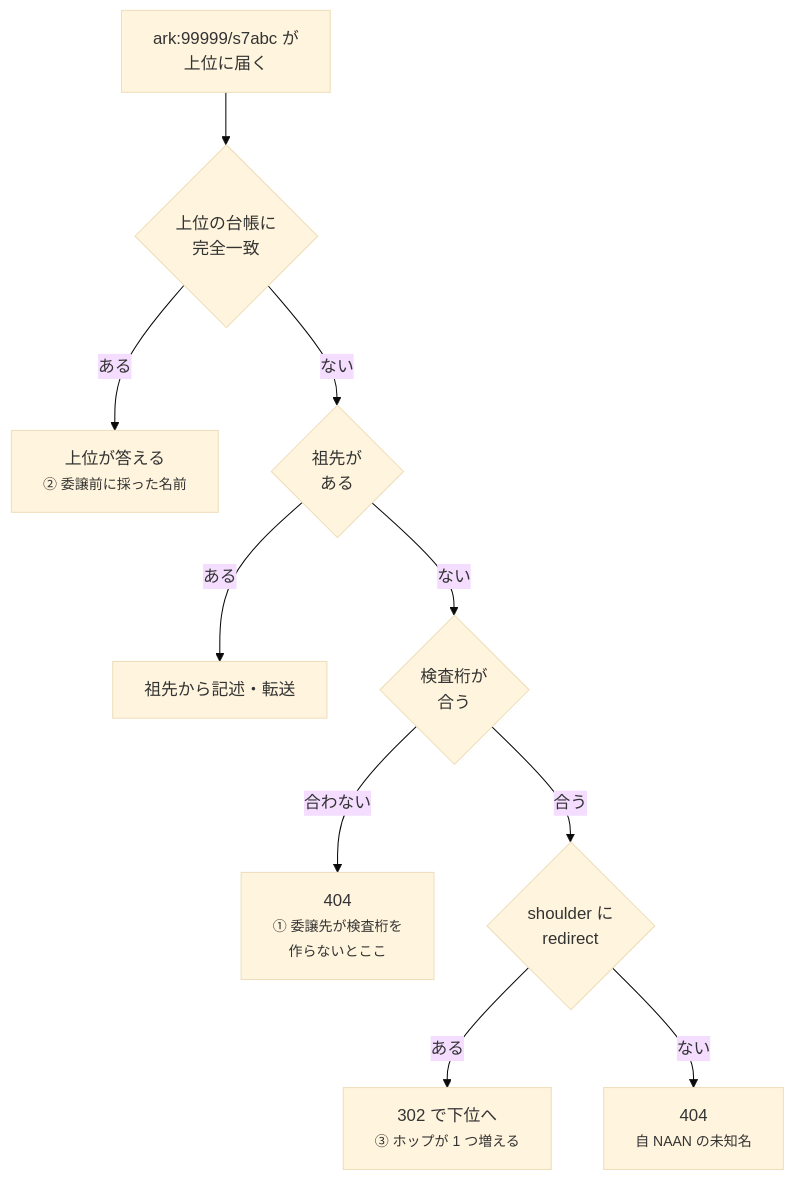
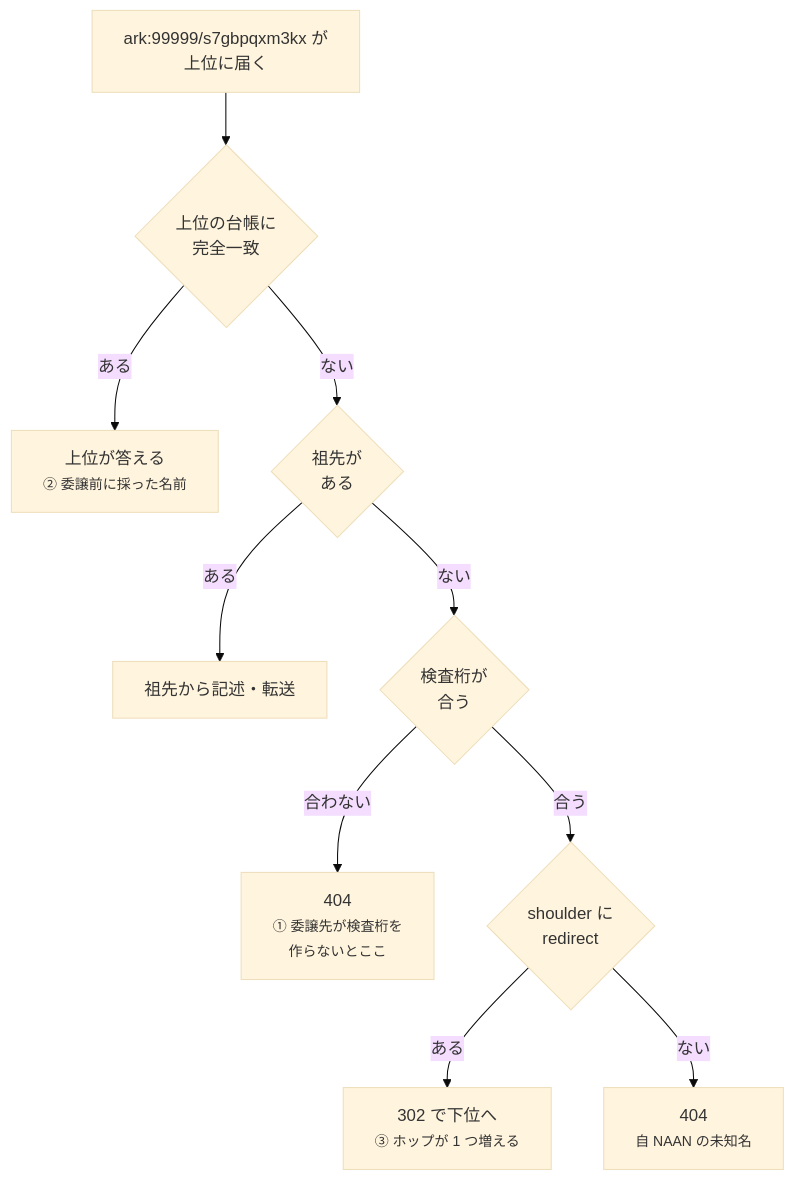
The eighth of 14 diagrams in docs/guides/federation.ja.md (RCOSDP/arkhe), drawn with Mermaid (base theme) before and after one commit. The commit also changed other lines of this file and 29 other files, not shown here.

````diff
--- a/docs/guides/federation.ja.md
+++ b/docs/guides/federation.ja.md
@@ -178,12 +178,12 @@
 ```mermaid
 flowchart TD
-    R["ark:99999/s7abc が<br/>上位に届く"] --> E{"上位の台帳に<br/>完全一致"}
+    R["ark:99999/s7gbpqxm3kx が<br/>上位に届く"] --> E{"上位の台帳に<br/>完全一致"}
     E -->|ある| A1["上位が答える<br/><small>② 委譲前に採った名前</small>"]
     E -->|ない| P{"祖先が<br/>ある"}
     P -->|ある| A2["祖先から記述・転送"]
     P -->|ない| CD{"検査桁が<br/>合う"}
     CD -->|合わない| F1["404<br/><small>① 委譲先が検査桁を<br/>作らないとここ</small>"]
     CD -->|合う| SR{"shoulder に<br/>redirect"}
     SR -->|ある| G["302 で下位へ<br/><small>③ ホップが 1 つ増える</small>"]
     SR -->|ない| F2["404<br/><small>自 NAAN の未知名</small>"]
 ```
````
